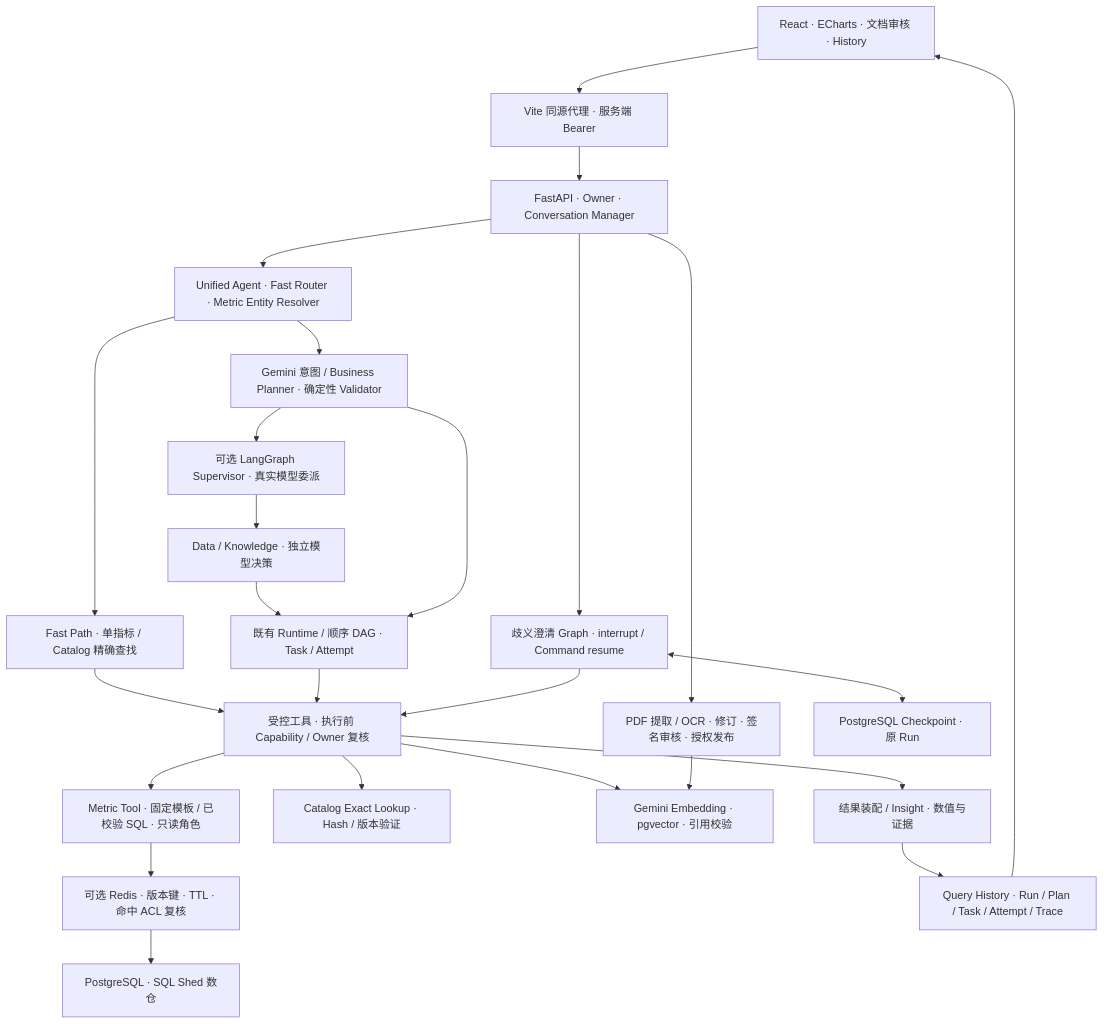
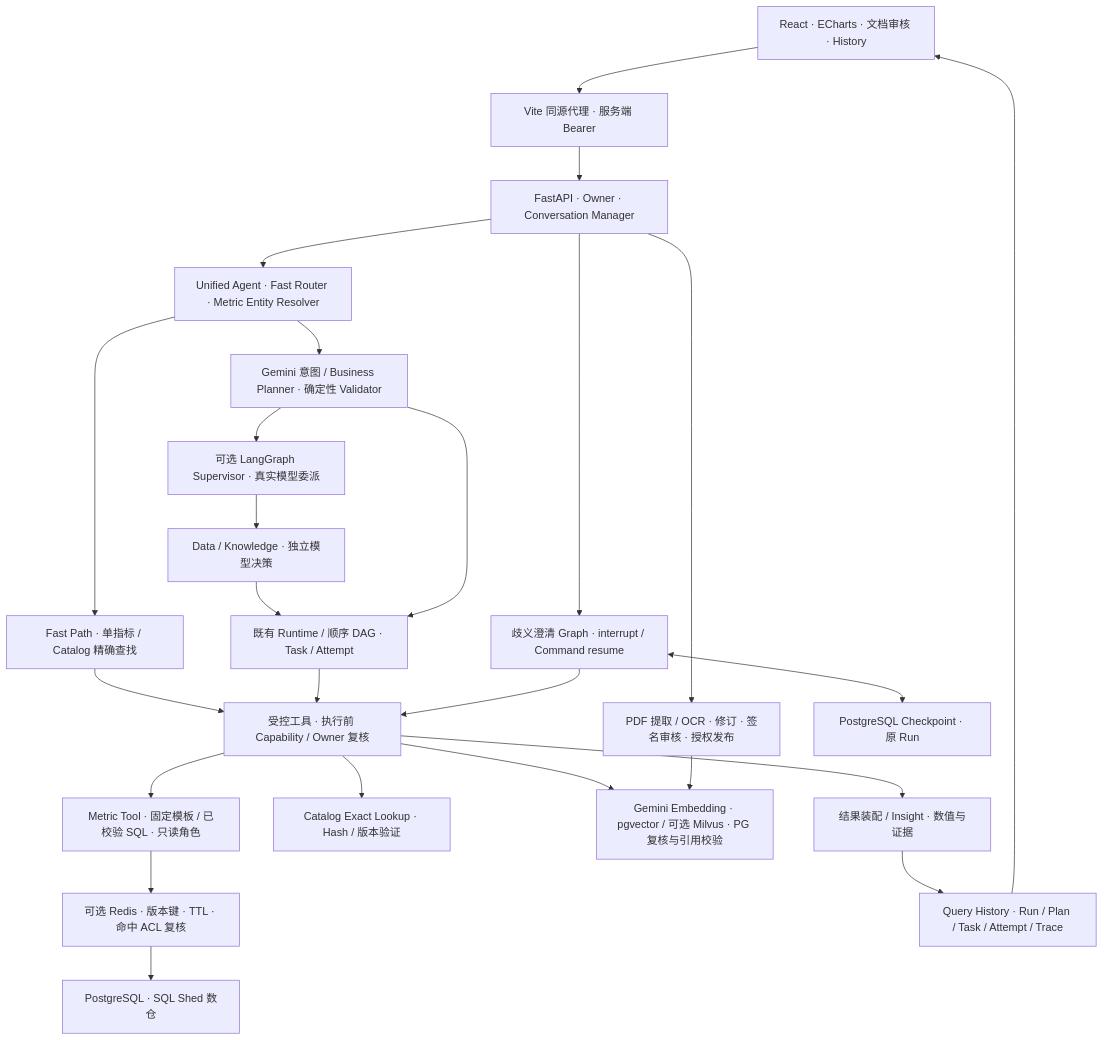
One commit to Boxer-M/dataquery-agent changed the diagram in README.md. Above: the diagram before and after it, drawn with Mermaid. The commit also changed other lines of this file and 12 other files, not shown here.

````diff
--- a/README.md
+++ b/README.md
@@ -23,27 +24,27 @@
 ```mermaid
 flowchart TB
     UI["React · ECharts · 文档审核 · History"] --> Proxy["Vite 同源代理 · 服务端 Bearer"]
     Proxy --> API["FastAPI · Owner · Conversation Manager"]
     API --> Router["Unified Agent · Fast Router · Metric Entity Resolver"]
     Router --> Fast["Fast Path · 单指标 / Catalog 精确查找"]
     Router --> Plan["Gemini 意图 / Business Planner · 确定性 Validator"]
     Plan --> Graph["可选 LangGraph Supervisor · 真实模型委派"]
     Graph --> Roles["Data / Knowledge · 独立模型决策"]
     Roles --> Runtime["既有 Runtime / 顺序 DAG · Task / Attempt"]
     Plan --> Runtime
     Fast --> Tools["受控工具 · 执行前 Capability / Owner 复核"]
     Runtime --> Tools
     Tools --> SQL["Metric Tool · 固定模板 / 已校验 SQL · 只读角色"]
     SQL --> Cache["可选 Redis · 版本键 · TTL · 命中 ACL 复核"]
     Cache --> PG["PostgreSQL · SQL Shed 数仓"]
     Tools --> Catalog["Catalog Exact Lookup · Hash / 版本验证"]
-    Tools --> RAG["Gemini Embedding · pgvector · 引用校验"]
+    Tools --> RAG["Gemini Embedding · pgvector / 可选 Milvus · PG 复核与引用校验"]
     API --> PDF["PDF 提取 / OCR · 修订 · 签名审核 · 授权发布"]
     PDF --> RAG
     API --> HITL["歧义澄清 Graph · interrupt / Command resume"]
     HITL <--> Checkpoint["PostgreSQL Checkpoint · 原 Run"]
     HITL --> Tools
     Tools --> Result["结果装配 / Insight · 数值与证据"]
     Result --> History["Query History · Run / Plan / Task / Attempt / Trace"]
     History --> UI
 ```
````
